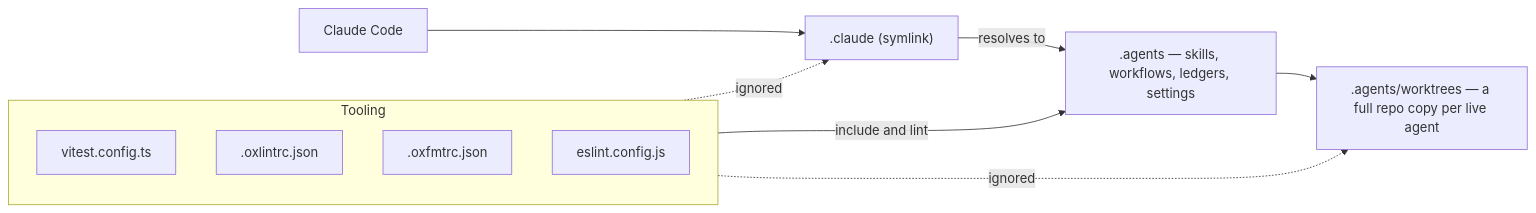
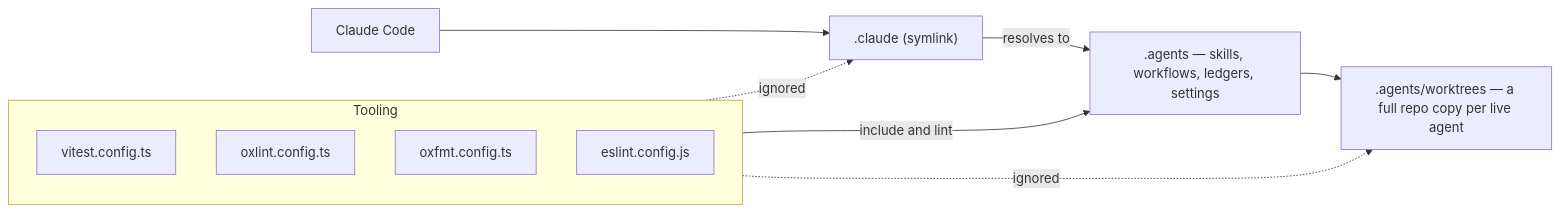
Before and after one commit to Esposter/Esposter: the first of 2 diagrams in apps/web/content/docs/architecture/agent-configuration.md, drawn with Mermaid. The commit also changed other lines of this file and 58 other files, not shown here.

First line of the commit message:
refactor(lint): move the oxlint and oxfmt configs to TypeScript

````diff
--- a/apps/web/content/docs/architecture/agent-configuration.md
+++ b/apps/web/content/docs/architecture/agent-configuration.md
@@ -16,17 +16,17 @@
 ```mermaid
 flowchart LR
   Agent[Claude Code] --> Alias[".claude (symlink)"]
   Alias -->|resolves to| Tree[".agents — skills, workflows, ledgers, settings"]
   Tree --> Worktrees[".agents/worktrees — a full repo copy per live agent"]
 
   subgraph Tooling
     Vitest[vitest.config.ts]
-    Oxlint[.oxlintrc.json]
-    Oxfmt[.oxfmtrc.json]
+    Oxlint[oxlint.config.ts]
+    Oxfmt[oxfmt.config.ts]
     ESLint[eslint.config.js]
   end
 
   Tooling -->|include and lint| Tree
   Tooling -. ignored .-> Alias
   Tooling -. ignored .-> Worktrees
 ```
````
